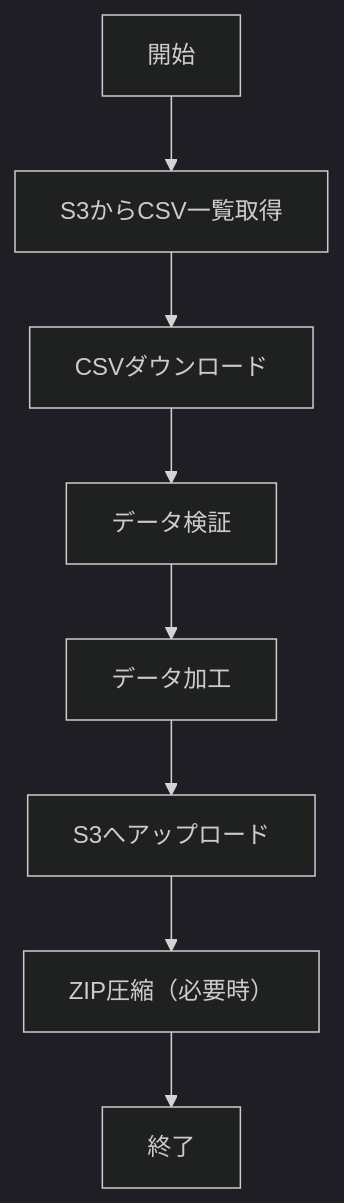
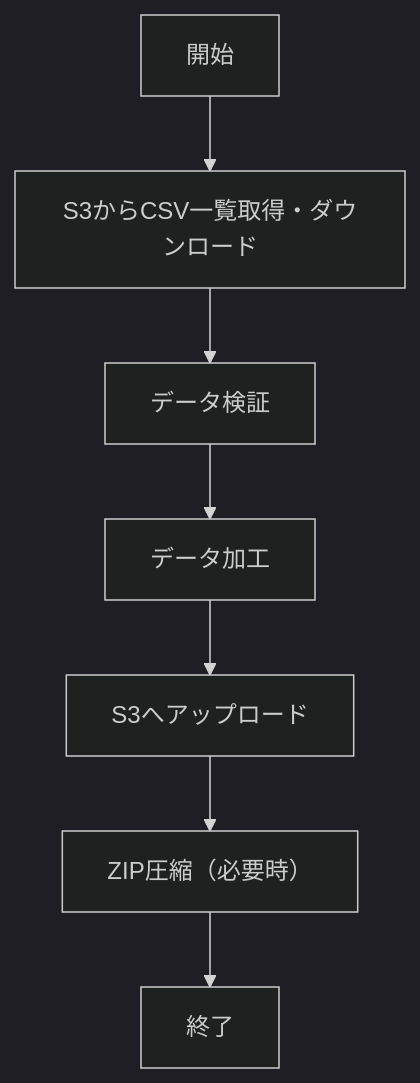
The first of 6 diagrams in BD_DD.md (tk826/OpenHands-Test), drawn with Mermaid (dark theme) before and after one commit. The commit also changed other lines of this file, not shown here.

````diff
--- a/BD_DD.md
+++ b/BD_DD.md
@@ -8,10 +8,9 @@
 ```mermaid
 graph TD;
-    A[開始] --> B[S3からCSV一覧取得]
-    B --> C[CSVダウンロード]
-    C --> D[データ検証]
-    D --> E[データ加工]
-    E --> F[S3へアップロード]
-    F --> G[ZIP圧縮（必要時）]
-    G --> H[終了]
+    A[開始] --> B[S3からCSV一覧取得・ダウンロード]
+    B --> C[データ検証]
+    C --> D[データ加工]
+    D --> E[S3へアップロード]
+    E --> F[ZIP圧縮（必要時）]
+    F --> G[終了]
 ```
````
